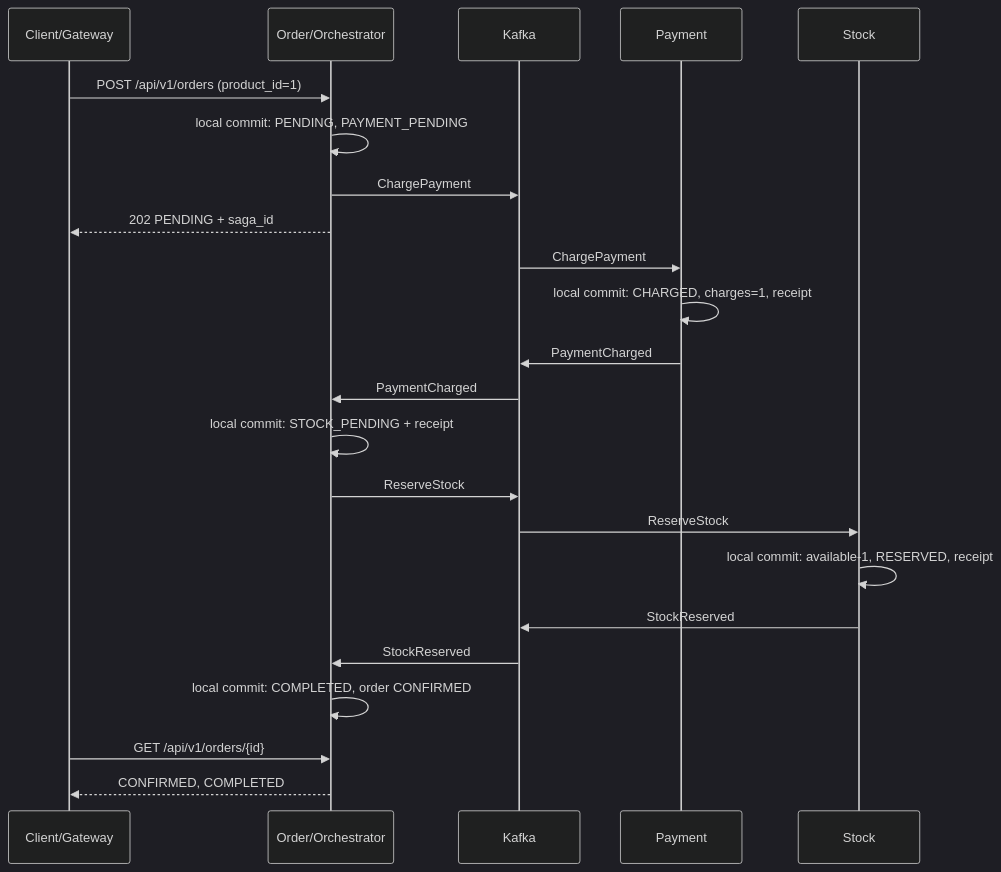
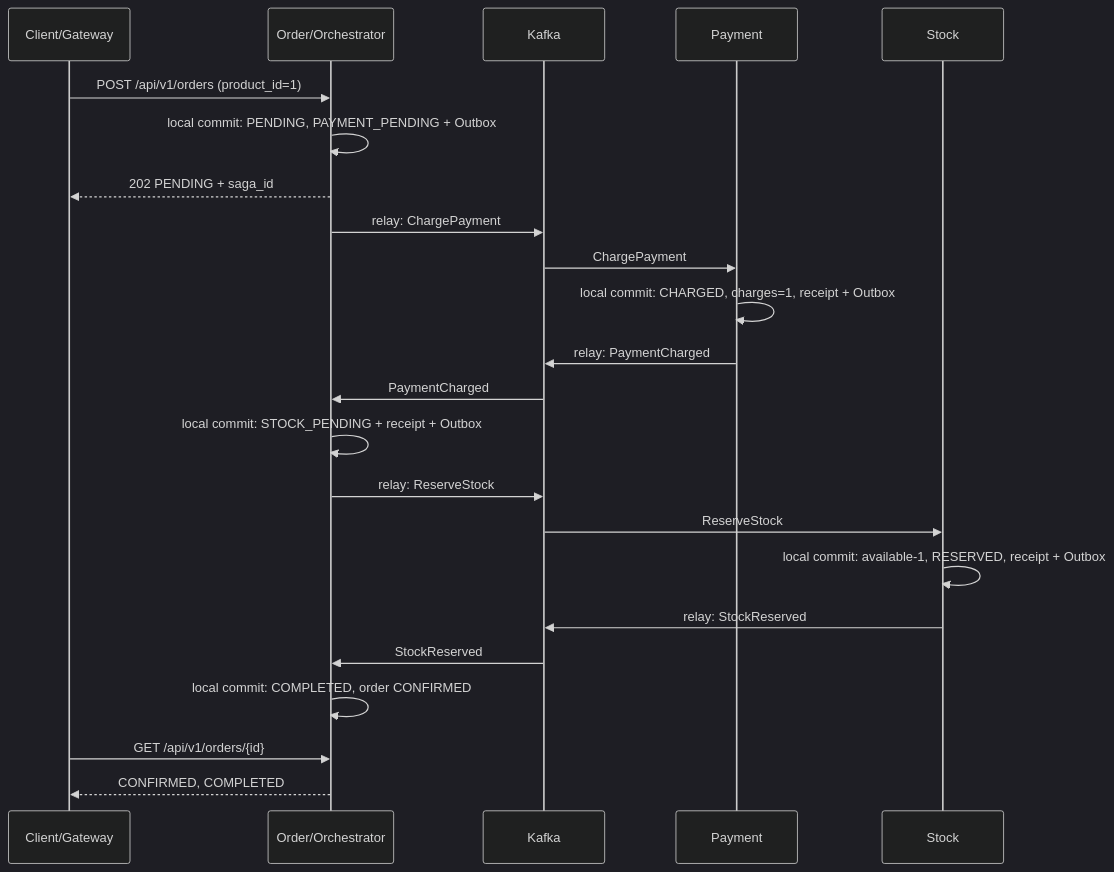
Before and after one commit to korn33v/go-delivery-monolith-to-ms: the third of 4 diagrams in SEMINAR_GUIDE.md, drawn with Mermaid (dark theme). The commit also changed other lines of this file and 41 other files, not shown here.

````diff
--- a/SEMINAR_GUIDE.md
+++ b/SEMINAR_GUIDE.md
@@ -216,25 +216,25 @@
 ```mermaid
 sequenceDiagram
     participant C as Client/Gateway
     participant O as Order/Orchestrator
     participant K as Kafka
     participant P as Payment
     participant S as Stock
     C->>O: POST /api/v1/orders (product_id=1)
-    O->>O: local commit: PENDING, PAYMENT_PENDING
-    O->>K: ChargePayment
+    O->>O: local commit: PENDING, PAYMENT_PENDING + Outbox
     O-->>C: 202 PENDING + saga_id
+    O->>K: relay: ChargePayment
     K->>P: ChargePayment
-    P->>P: local commit: CHARGED, charges=1, receipt
-    P->>K: PaymentCharged
+    P->>P: local commit: CHARGED, charges=1, receipt + Outbox
+    P->>K: relay: PaymentCharged
     K->>O: PaymentCharged
-    O->>O: local commit: STOCK_PENDING + receipt
-    O->>K: ReserveStock
+    O->>O: local commit: STOCK_PENDING + receipt + Outbox
+    O->>K: relay: ReserveStock
     K->>S: ReserveStock
-    S->>S: local commit: available-1, RESERVED, receipt
-    S->>K: StockReserved
+    S->>S: local commit: available-1, RESERVED, receipt + Outbox
+    S->>K: relay: StockReserved
     K->>O: StockReserved
     O->>O: local commit: COMPLETED, order CONFIRMED
     C->>O: GET /api/v1/orders/{id}
     O-->>C: CONFIRMED, COMPLETED
 ```
````
